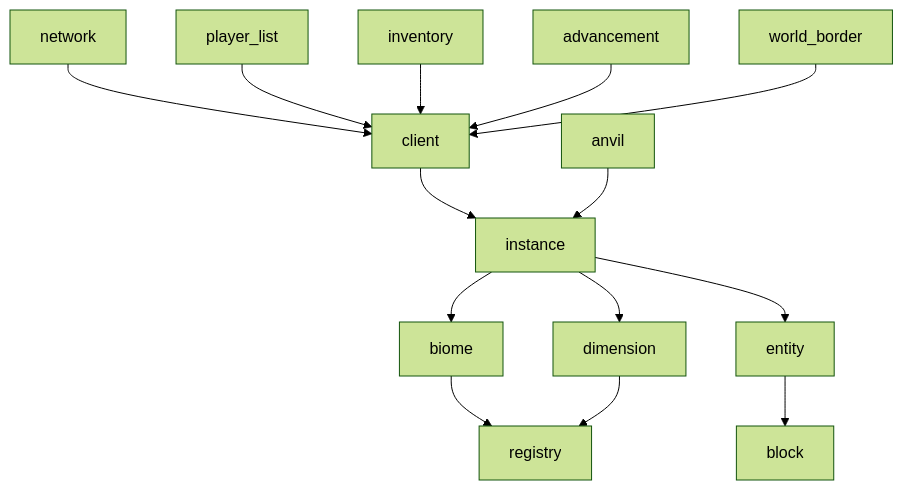
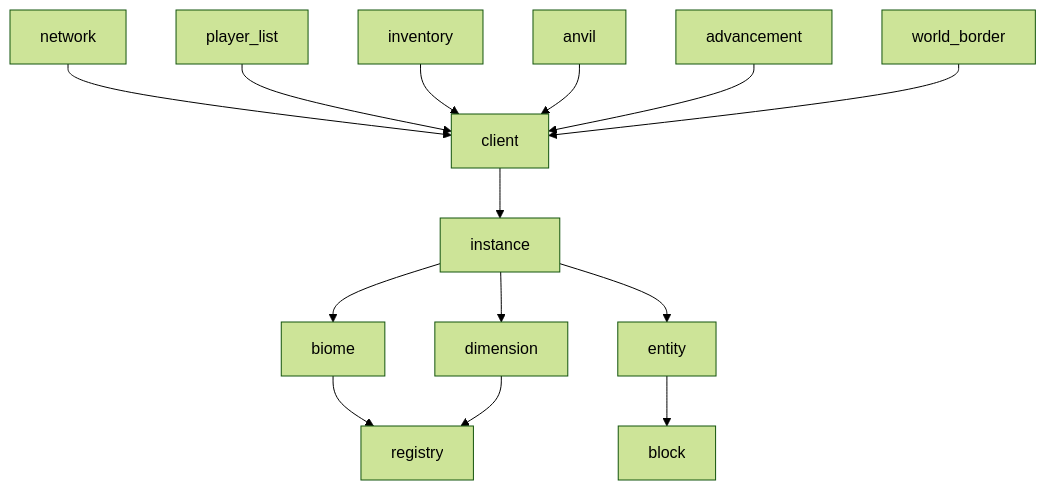
Before and after one commit to valence-rs/valence: the diagram in crates/README.md, drawn with Mermaid (forest theme). The commit also changed 22 other files, not shown here.

````diff
--- a/crates/README.md
+++ b/crates/README.md
@@ -11,16 +11,16 @@
 ```mermaid
 graph TD
-  network --> client
+  	network --> client
 	client --> instance
 	biome --> registry
 	dimension --> registry
 	instance --> biome
 	instance --> dimension
 	instance --> entity
 	player_list --> client
 	inventory --> client
-	anvil --> instance
+	anvil --> client
 	entity --> block
 	advancement --> client
 	world_border --> client
 ```
````
